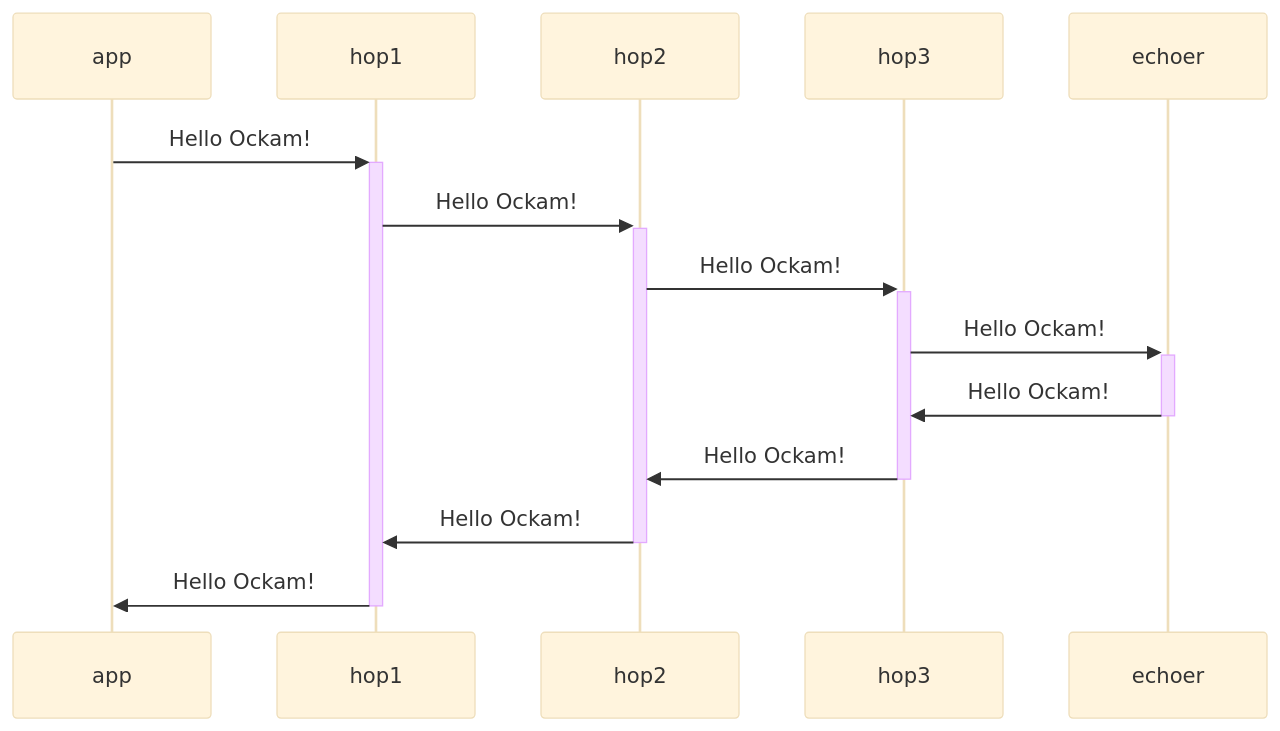
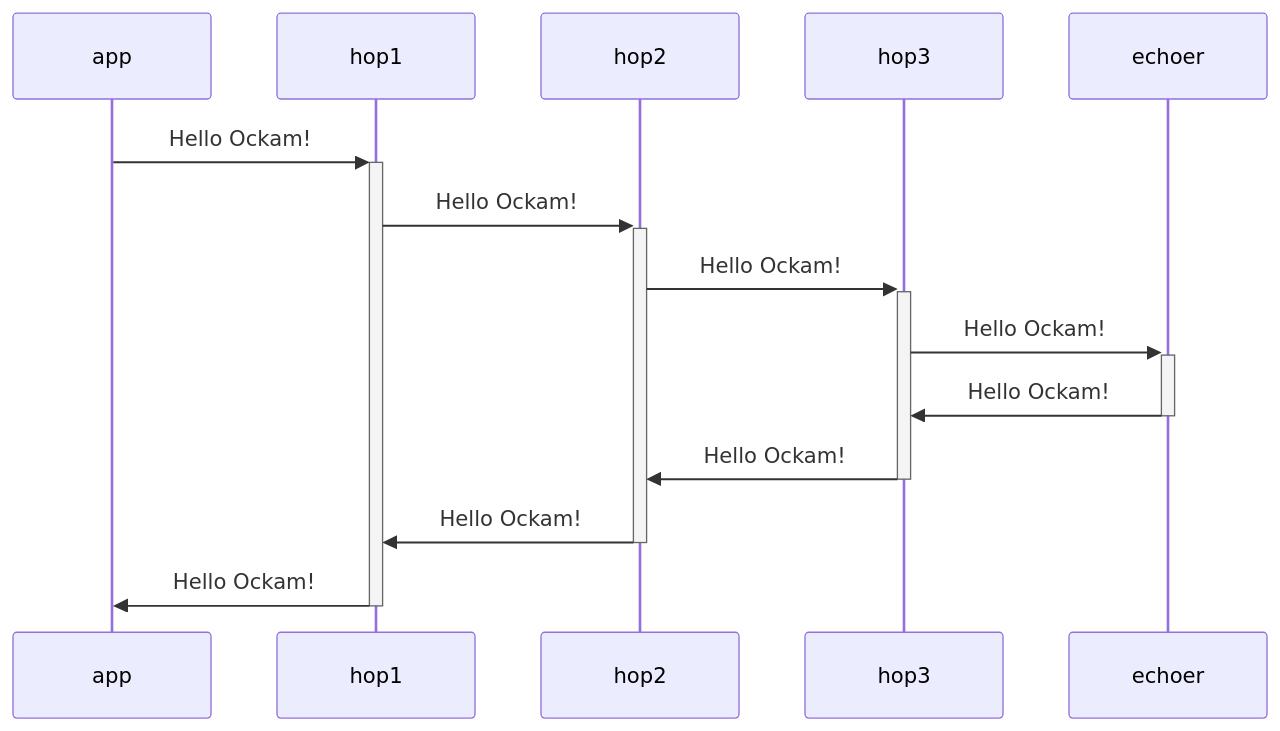
One commit to build-trust/ockam changed the diagram in documentation/guides/rust/get-started/04-routing-many-hops/sequence.mmd. Above: the diagram before and after it, drawn with Mermaid. The commit also changed 26 other files, not shown here.

Commit message:
docs: improve diagrams in rust get started guide

```diff
--- a/documentation/guides/rust/get-started/04-routing-many-hops/sequence.mmd
+++ b/documentation/guides/rust/get-started/04-routing-many-hops/sequence.mmd
@@ -1,10 +1,9 @@
-%%{init: {'securityLevel': 'loose', 'theme':'base'}}%%
-  sequenceDiagram
-    app->>+hop1: Hello Ockam!
-    hop1->>+hop2: Hello Ockam!
-    hop2->>+hop3: Hello Ockam!
-    hop3->>+echoer: Hello Ockam!
-    echoer->>-hop3: Hello Ockam!
-    hop3->>-hop2: Hello Ockam!
-    hop2->>-hop1: Hello Ockam!
-    hop1->>-app: Hello Ockam!
+sequenceDiagram
+  app->>+hop1: Hello Ockam!
+  hop1->>+hop2: Hello Ockam!
+  hop2->>+hop3: Hello Ockam!
+  hop3->>+echoer: Hello Ockam!
+  echoer->>-hop3: Hello Ockam!
+  hop3->>-hop2: Hello Ockam!
+  hop2->>-hop1: Hello Ockam!
+  hop1->>-app: Hello Ockam!
```
